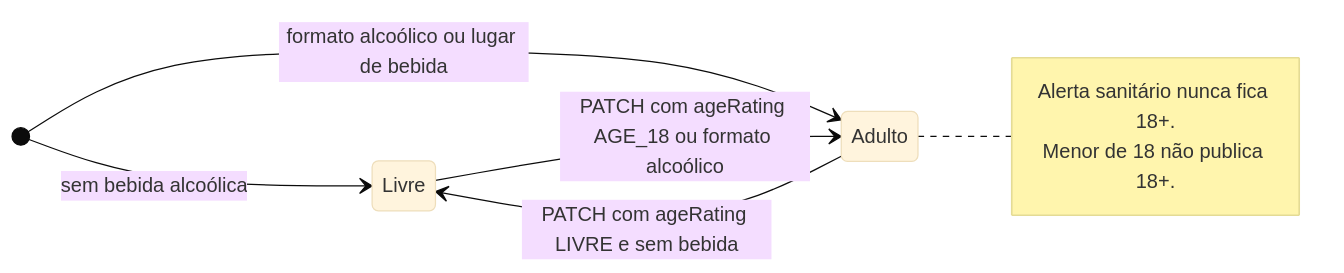
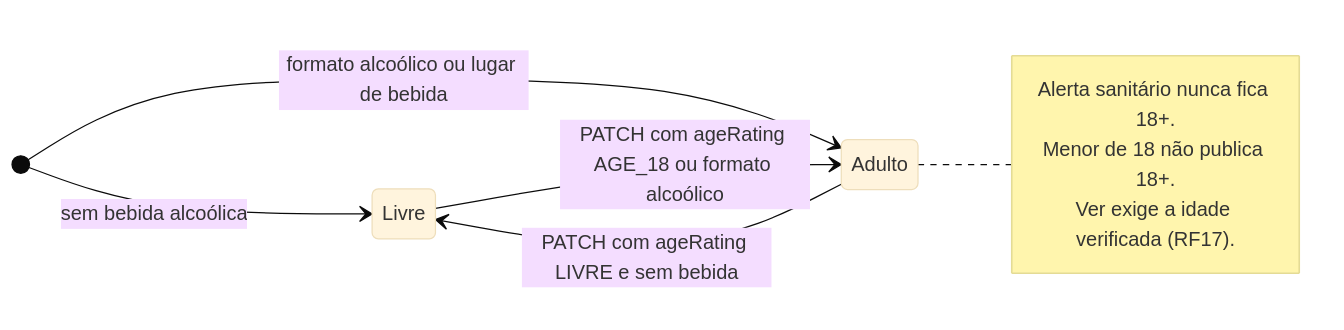
One commit to MatheusHaliski/Friendly-Eats changed the third of 3 diagrams in docs/RF9/estados.md. Above: the diagram before and after it, drawn with Mermaid (base theme). The commit also changed 71 other files, not shown here.

````diff
--- a/docs/RF9/estados.md
+++ b/docs/RF9/estados.md
@@ -47,12 +47,13 @@
 ```mermaid
 stateDiagram-v2
     direction LR
     [*] --> Livre : sem bebida alcoólica
     [*] --> Adulto : formato alcoólico ou lugar de bebida
     Livre --> Adulto : PATCH com ageRating AGE_18 ou formato alcoólico
     Adulto --> Livre : PATCH com ageRating LIVRE e sem bebida
     note right of Adulto
         Alerta sanitário nunca fica 18+.
         Menor de 18 não publica 18+.
+        Ver exige a idade verificada (RF17).
     end note
 ```
````
